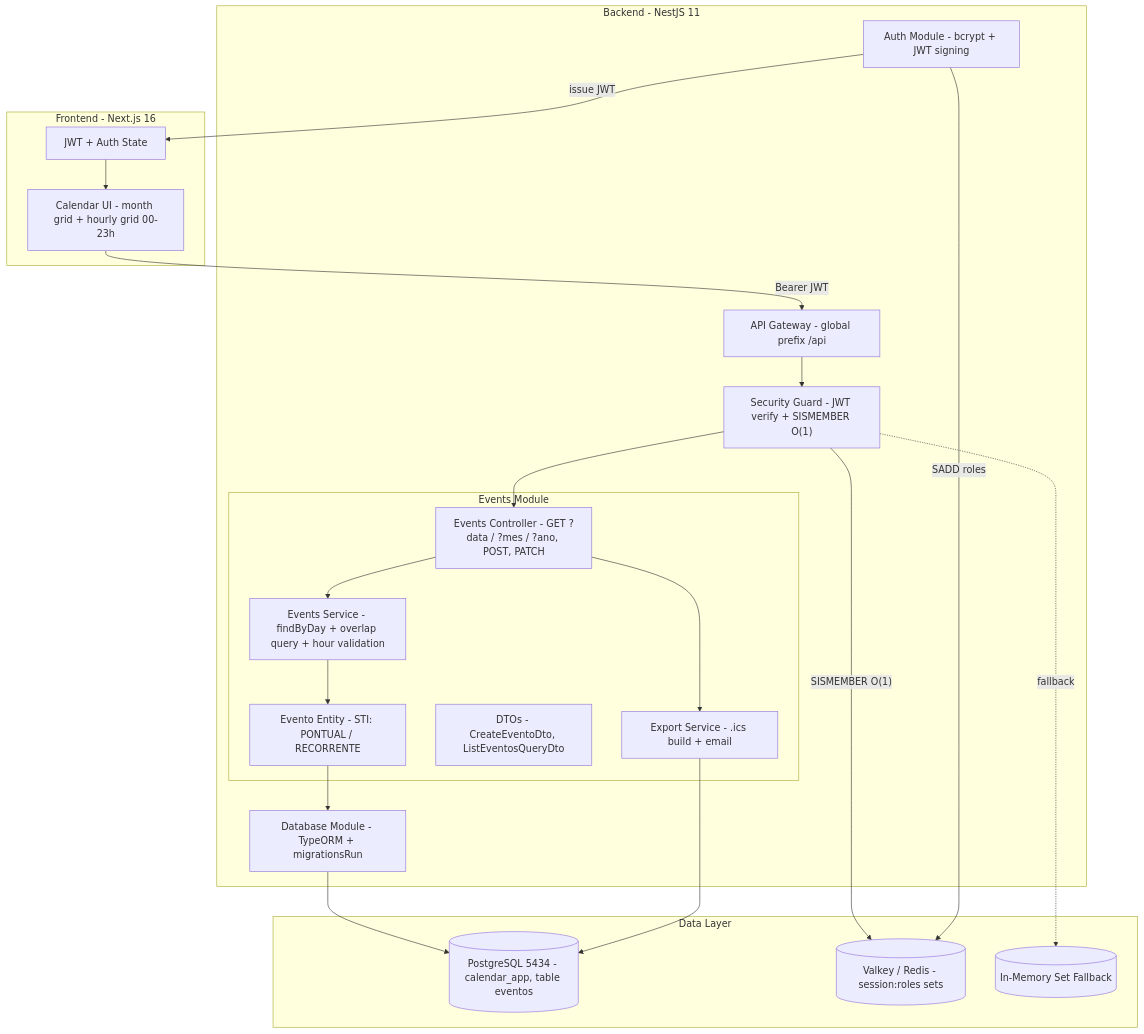
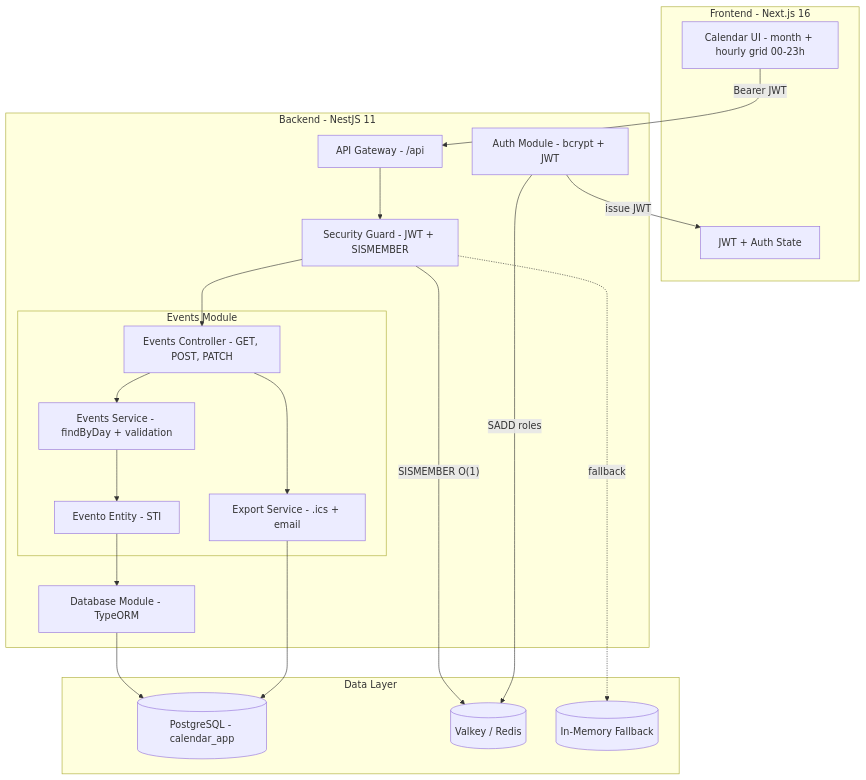
The diagram in README.md (antoniobouneto/calendar-app), drawn with Mermaid before and after one commit. The commit also changed other lines of this file, not shown here.

````diff
--- a/README.md
+++ b/README.md
@@ -86,44 +44,31 @@
 ```mermaid
 flowchart TB
     subgraph Frontend["Frontend - Next.js 16"]
-        UI["Calendar UI - month grid + hourly grid 00-23h"]
+        UI["Calendar UI - month + hourly grid 00-23h"]
         FEAuth["JWT + Auth State"]
     end
-
     subgraph Backend["Backend - NestJS 11"]
-        Gateway["API Gateway - global prefix /api"]
-        Auth["Auth Module - bcrypt + JWT signing"]
-
+        Gateway["API Gateway - /api"]
+        Auth["Auth Module - bcrypt + JWT"]
         subgraph EventsModule["Events Module"]
-            Controller["Events Controller - GET ?data / ?mes / ?ano, POST, PATCH"]
-            Service["Events Service - findByDay + overlap query + hour validation"]
-            ExportSvc["Export Service - .ics build + email"]
-            DTO["DTOs - CreateEventoDto, ListEventosQueryDto"]
-            Entity["Evento Entity - STI: PONTUAL / RECORRENTE"]
+            Controller["Events Controller - GET, POST, PATCH"]
+            Service["Events Service - findByDay + validation"]
+            ExportSvc["Export Service - .ics + email"]
+            Entity["Evento Entity - STI"]
         end
-
-        DBModule["Database Module - TypeORM + migrationsRun"]
-        Guard["Security Guard - JWT verify + SISMEMBER O(1)"]
+        DBModule["Database Module - TypeORM"]
+        Guard["Security Guard - JWT + SISMEMBER"]
     end
-
     subgraph Data["Data Layer"]
-        PG[("PostgreSQL 5434 - calendar_app, table eventos")]
-        Valkey[("Valkey / Redis - session:roles sets")]
-        Memory[("In-Memory Set Fallback")]
+        PG[("PostgreSQL - calendar_app")]
+        Valkey[("Valkey / Redis")]
+        Memory[("In-Memory Fallback")]
     end
-
     UI -->|"Bearer JWT"| Gateway
-    FEAuth --> UI
-    Gateway --> Guard
-    Guard --> Controller
-    Controller --> Service
-    Controller --> ExportSvc
-    Service --> Entity
-    Entity --> DBModule
-    DBModule --> PG
-    ExportSvc --> PG
+    Gateway --> Guard --> Controller --> Service --> Entity --> DBModule --> PG
+    Controller --> ExportSvc --> PG
     Guard -->|"SISMEMBER O(1)"| Valkey
     Guard -. fallback .-> Memory
     Auth -->|"SADD roles"| Valkey
     Auth -->|"issue JWT"| FEAuth
 ```
````
